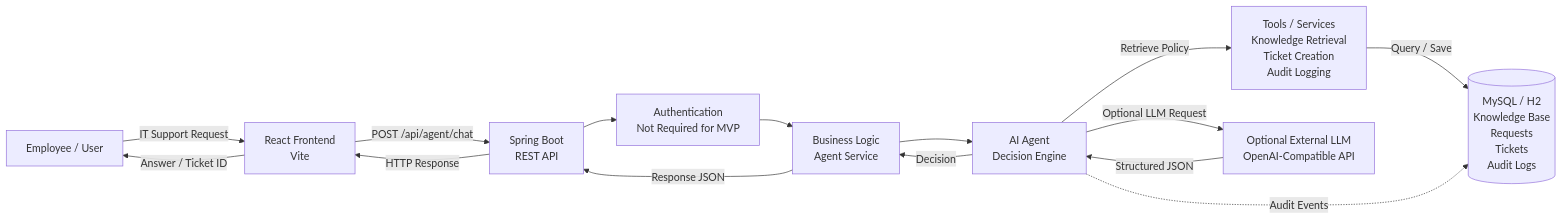
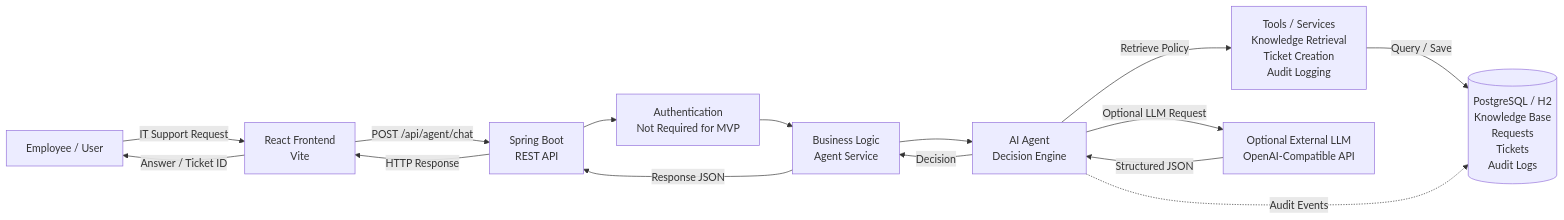
Before and after one commit to Utkarshgupta2027/veridian-it-support-agent: the first of 3 diagrams in README.md, drawn with Mermaid. The commit also changed other lines of this file and 6 other files, not shown here.

````diff
--- a/README.md
+++ b/README.md
@@ -31,27 +31,27 @@
 ```mermaid
 flowchart LR
     U[Employee / User]
     FE[React Frontend<br/>Vite]
     API[Spring Boot<br/>REST API]
     AUTH[Authentication<br/>Not Required for MVP]
     BL[Business Logic<br/>Agent Service]
     AG[AI Agent<br/>Decision Engine]
     TOOLS[Tools / Services<br/>Knowledge Retrieval<br/>Ticket Creation<br/>Audit Logging]
-    DB[(MySQL / H2<br/>Knowledge Base<br/>Requests<br/>Tickets<br/>Audit Logs)]
+    DB[(PostgreSQL / H2<br/>Knowledge Base<br/>Requests<br/>Tickets<br/>Audit Logs)]
     LLM[Optional External LLM<br/>OpenAI-Compatible API]
 
     U -->|IT Support Request| FE
     FE -->|POST /api/agent/chat| API
     API --> AUTH
     AUTH --> BL
     BL --> AG
     AG -->|Retrieve Policy| TOOLS
     TOOLS -->|Query / Save| DB
     AG -->|Optional LLM Request| LLM
     LLM -->|Structured JSON| AG
     AG -->|Decision| BL
     BL -->|Response JSON| API
     API -->|HTTP Response| FE
     FE -->|Answer / Ticket ID| U
     AG -.->|Audit Events| DB
 ```
````
